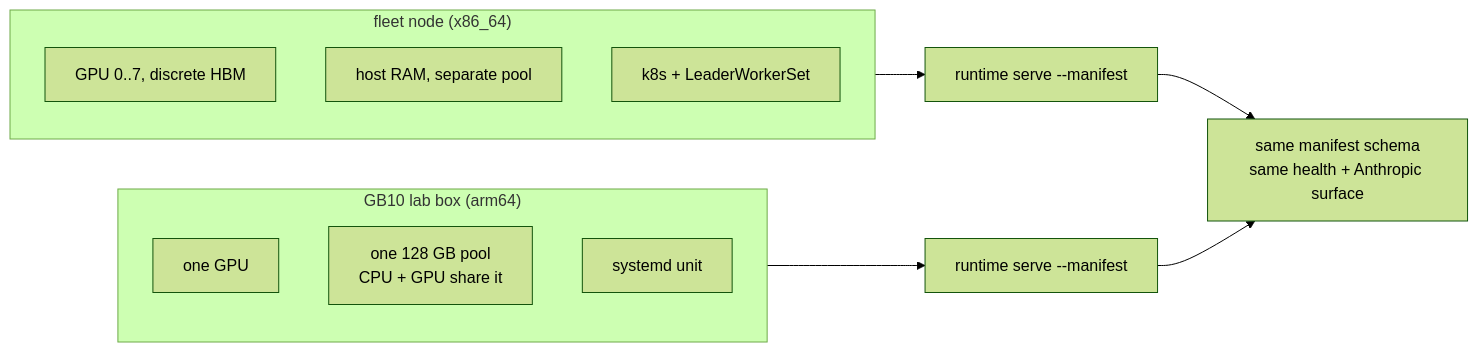
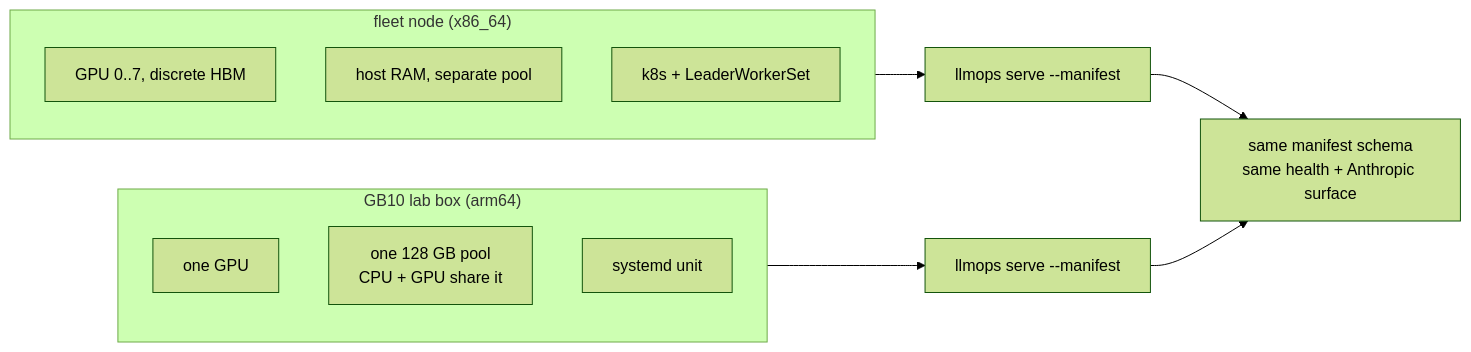
Before and after one commit to latere-ai/llmops: the diagram in specs/019-gb10-serving-target.md, drawn with Mermaid (forest theme). The commit also changed other lines of this file and 11 other files, not shown here.

````diff
--- a/specs/019-gb10-serving-target.md
+++ b/specs/019-gb10-serving-target.md
@@ -181,19 +181,19 @@
 ```mermaid
 flowchart LR
   subgraph fleet["fleet node (x86_64)"]
     direction TB
     F1["GPU 0..7, discrete HBM"]
     F2["host RAM, separate pool"]
     F3["k8s + LeaderWorkerSet"]
   end
   subgraph lab["GB10 lab box (arm64)"]
     direction TB
     L1["one GPU"]
     L2["one 128 GB pool<br/>CPU + GPU share it"]
     L3["systemd unit"]
   end
-  F3 --> R1["runtime serve --manifest"]
-  L3 --> R2["runtime serve --manifest"]
+  F3 --> R1["llmops serve --manifest"]
+  L3 --> R2["llmops serve --manifest"]
   R1 --> E["same manifest schema<br/>same health + Anthropic surface"]
   R2 --> E
 ```
````
